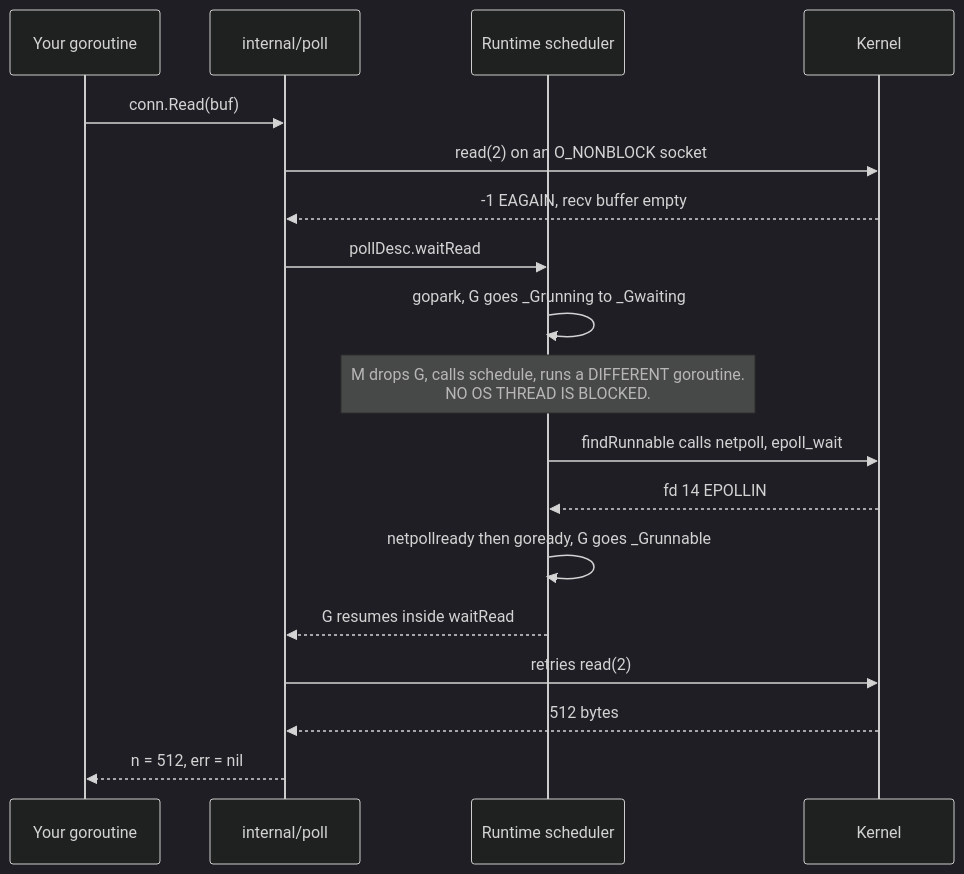
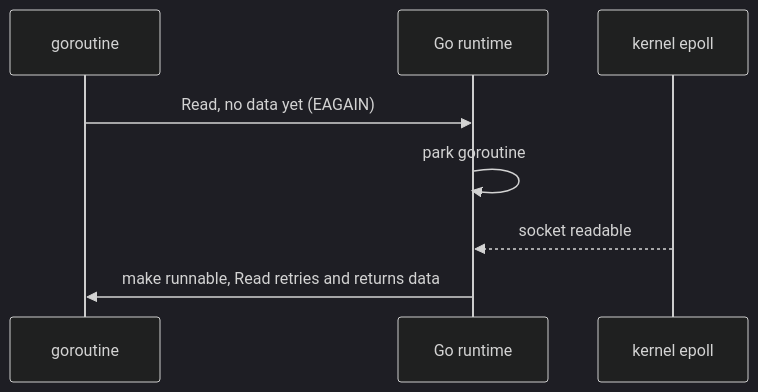
The diagram in docs/concepts/go-netpoller.md (Aditya-Jyoti/swarm-communication), drawn with Mermaid (dark theme) before and after one commit. The commit also changed other lines of this file and 2 other files, not shown here.

Commit message:
docs(concepts): simplify netpoller, scheduler and shutdown pages

````diff
--- a/docs/concepts/go-netpoller.md
+++ b/docs/concepts/go-netpoller.md
@@ -43,20 +16,10 @@
 ```mermaid
 sequenceDiagram
-    participant G as Your goroutine
-    participant P as internal/poll
-    participant R as Runtime scheduler
-    participant K as Kernel
-    G->>P: conn.Read(buf)
-    P->>K: read(2) on an O_NONBLOCK socket
-    K-->>P: -1 EAGAIN, recv buffer empty
-    P->>R: pollDesc.waitRead
-    R->>R: gopark, G goes _Grunning to _Gwaiting
-    Note over R: M drops G, calls schedule, runs a DIFFERENT goroutine.<br/>NO OS THREAD IS BLOCKED.
-    R->>K: findRunnable calls netpoll, epoll_wait
-    K-->>R: fd 14 EPOLLIN
-    R->>R: netpollready then goready, G goes _Grunnable
-    R-->>P: G resumes inside waitRead
-    P->>K: retries read(2)
-    K-->>P: 512 bytes
-    P-->>G: n = 512, err = nil
+    participant G as goroutine
+    participant R as Go runtime
+    participant K as kernel epoll
+    G->>R: Read, no data yet (EAGAIN)
+    R->>R: park goroutine
+    K-->>R: socket readable
+    R->>G: make runnable, Read retries and returns data
 ```
````
